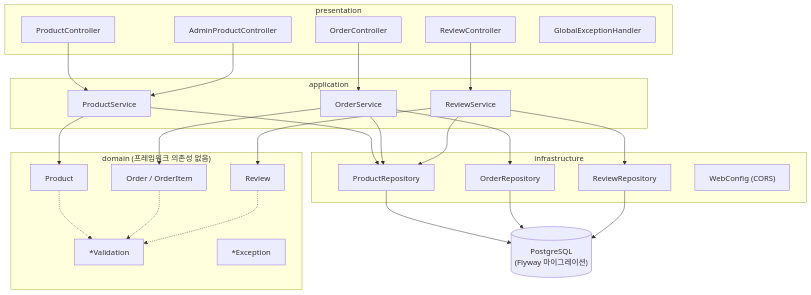
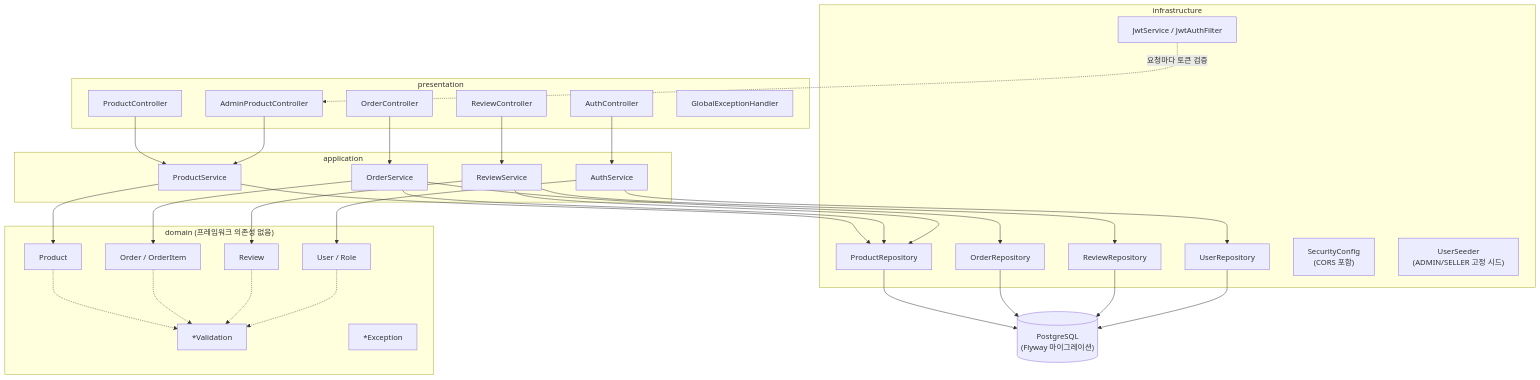
One commit to rlaalsdn0421/shop changed the second of 6 diagrams in README.md. Above: the diagram before and after it, drawn with Mermaid. The commit also changed other lines of this file, not shown here.

Commit message:
docs: JWT 인증/웹·앱 프론트 분리/테스트 반영해 아키텍처 문서 업데이트

````diff
--- a/README.md
+++ b/README.md
@@ -41,47 +49,59 @@
 ```mermaid
 graph TD
   subgraph presentation["presentation"]
     PC["ProductController"]
     OC["OrderController"]
     RC["ReviewController"]
     AC["AdminProductController"]
+    AuthC["AuthController"]
     GEH["GlobalExceptionHandler"]
   end
   subgraph application["application"]
     PS["ProductService"]
     OS["OrderService"]
     RS["ReviewService"]
+    AuthS["AuthService"]
   end
   subgraph domain["domain (프레임워크 의존성 없음)"]
     Pd["Product"]
     Od["Order / OrderItem"]
     Rd["Review"]
+    Ud["User / Role"]
     Val["*Validation"]
     Exc["*Exception"]
   end
   subgraph infrastructure["infrastructure"]
     PR["ProductRepository"]
     OR["OrderRepository"]
     RR["ReviewRepository"]
-    WC["WebConfig (CORS)"]
+    UR["UserRepository"]
+    Sec["SecurityConfig<br/>(CORS 포함)"]
+    Jwt["JwtService / JwtAuthFilter"]
+    Seed["UserSeeder<br/>(ADMIN/SELLER 고정 시드)"]
   end
 
   PC --> PS
   OC --> OS
   RC --> RS
   AC --> PS
+  AuthC --> AuthS
   PS --> Pd
   OS --> Od
   RS --> Rd
+  AuthS --> Ud
   Pd -.-> Val
   Od -.-> Val
   Rd -.-> Val
+  Ud -.-> Val
   PS --> PR
   OS --> OR
   OS --> PR
   RS --> RR
   RS --> PR
+  AuthS --> UR
+  Jwt -.->|"요청마다 토큰 검증"| AC
   PR --> DB[("PostgreSQL<br/>(Flyway 마이그레이션)")]
   OR --> DB
   RR --> DB
+  UR --> DB
 ```
````
